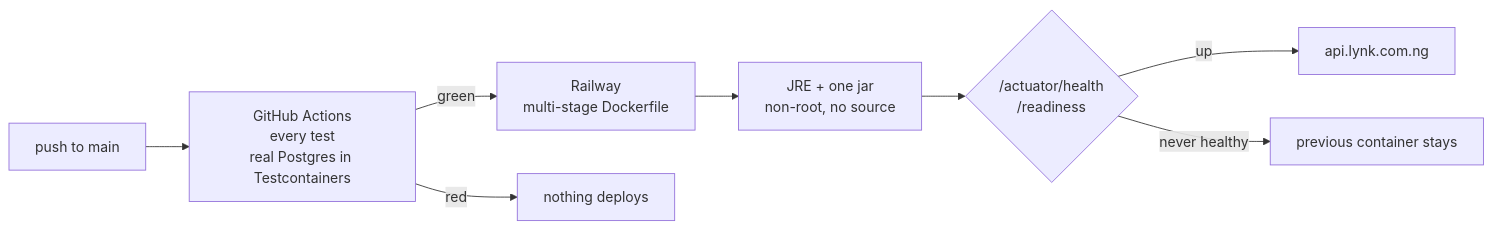
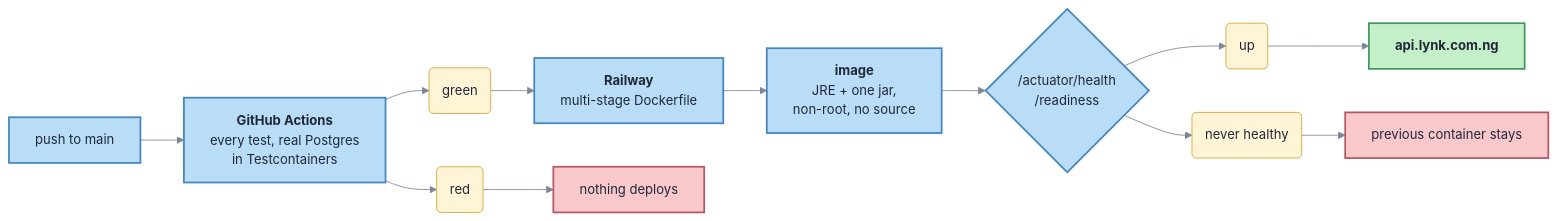
Before and after one commit to EEseka/lynk-api: the seventh of 7 diagrams in README.md, drawn with Mermaid. The commit also changed other lines of this file, not shown here.

````diff
--- a/README.md
+++ b/README.md
@@ -230,10 +432,20 @@
 ```mermaid
+%%{init: {"theme": "base", "themeVariables": {"fontFamily": "-apple-system, BlinkMacSystemFont, Segoe UI, Helvetica, Arial, sans-serif", "fontSize": "15px", "primaryColor": "#B9DCF7", "primaryTextColor": "#1F2937", "primaryBorderColor": "#3F86C2", "lineColor": "#7C8798"}}}%%
 flowchart LR
-    PUSH["push to main"] --> CI["GitHub Actions<br/>every test<br/>real Postgres in Testcontainers"]
-    CI -->|green| BUILD["Railway<br/>multi-stage Dockerfile"]
-    CI -->|red| STOP["nothing deploys"]
-    BUILD --> IMG["JRE + one jar<br/>non-root, no source"]
+    PUSH["push to main"] --> CI["<b>GitHub Actions</b><br/>every test, real Postgres<br/>in Testcontainers"]
+    CI --> GREEN("green") --> BUILD["<b>Railway</b><br/>multi-stage Dockerfile"]
+    CI --> RED("red") --> STOP["nothing deploys"]
+    BUILD --> IMG["<b>image</b><br/>JRE + one jar,<br/>non-root, no source"]
     IMG --> HEALTH{"/actuator/health<br/>/readiness"}
-    HEALTH -->|up| LIVE["api.lynk.com.ng"]
-    HEALTH -->|never healthy| ROLL["previous container stays"]
+    HEALTH --> UP("up") --> LIVE["<b>api.lynk.com.ng</b>"]
+    HEALTH --> DOWN("never healthy") --> ROLL["previous container stays"]
+
+    classDef step fill:#B9DCF7,stroke:#3F86C2,color:#1F2937,stroke-width:2px
+    classDef good fill:#C4EFC9,stroke:#3E9A5B,color:#1F2937,stroke-width:2px
+    classDef bad fill:#F8C8CB,stroke:#B85560,color:#1F2937,stroke-width:2px
+    classDef event fill:#FFF4D6,stroke:#D9A62B,color:#1F2937,stroke-width:1px
+    class PUSH,CI,BUILD,IMG,HEALTH step
+    class LIVE good
+    class STOP,ROLL bad
+    class GREEN,RED,UP,DOWN event
 ```
````
